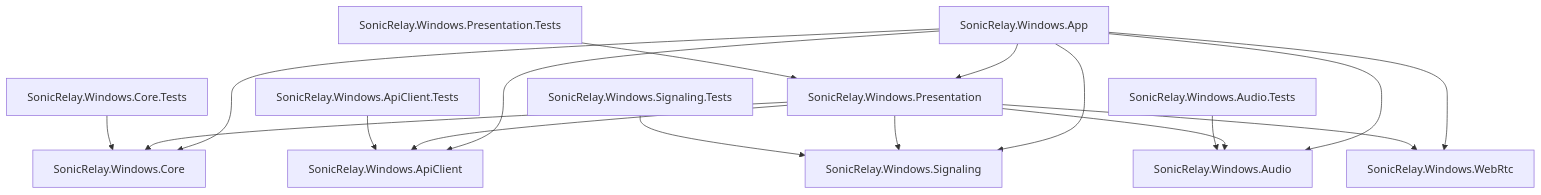
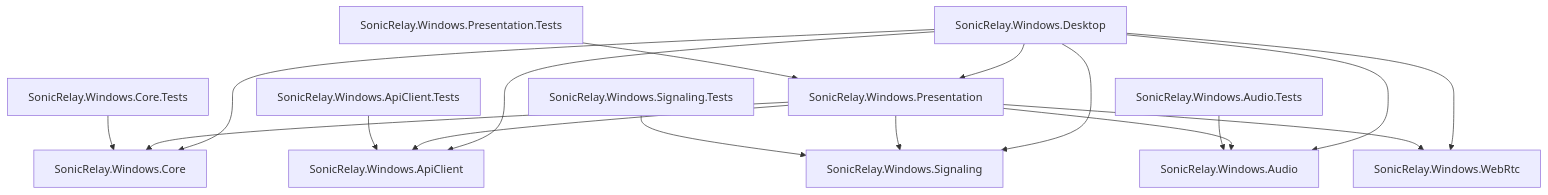
Before and after one commit to vitorhugo-dotnet/windows_SonicRelay: the first of 2 diagrams in docs/architecture.md, drawn with Mermaid. The commit also changed other lines of this file and 43 other files, not shown here.

First line of the commit message:
Retire the WinUI shell; ship the Avalonia desktop app (#32)

````diff
--- a/docs/architecture.md
+++ b/docs/architecture.md
@@ -5,19 +5,19 @@
 ```mermaid
 flowchart TD
-    App[SonicRelay.Windows.App] --> Presentation[SonicRelay.Windows.Presentation]
-    App --> Core[SonicRelay.Windows.Core]
-    App --> ApiClient[SonicRelay.Windows.ApiClient]
-    App --> Signaling[SonicRelay.Windows.Signaling]
-    App --> Audio[SonicRelay.Windows.Audio]
-    App --> WebRtc[SonicRelay.Windows.WebRtc]
+    Desktop[SonicRelay.Windows.Desktop] --> Presentation[SonicRelay.Windows.Presentation]
+    Desktop --> Core[SonicRelay.Windows.Core]
+    Desktop --> ApiClient[SonicRelay.Windows.ApiClient]
+    Desktop --> Signaling[SonicRelay.Windows.Signaling]
+    Desktop --> Audio[SonicRelay.Windows.Audio]
+    Desktop --> WebRtc[SonicRelay.Windows.WebRtc]
     Presentation --> Core
     Presentation --> ApiClient
     Presentation --> Signaling
     Presentation --> Audio
     Presentation --> WebRtc
     CoreTests[SonicRelay.Windows.Core.Tests] --> Core
     ApiTests[SonicRelay.Windows.ApiClient.Tests] --> ApiClient
     SignalingTests[SonicRelay.Windows.Signaling.Tests] --> Signaling
     AudioTests[SonicRelay.Windows.Audio.Tests] --> Audio
     PresentationTests[SonicRelay.Windows.Presentation.Tests] --> Presentation
 ```
````
